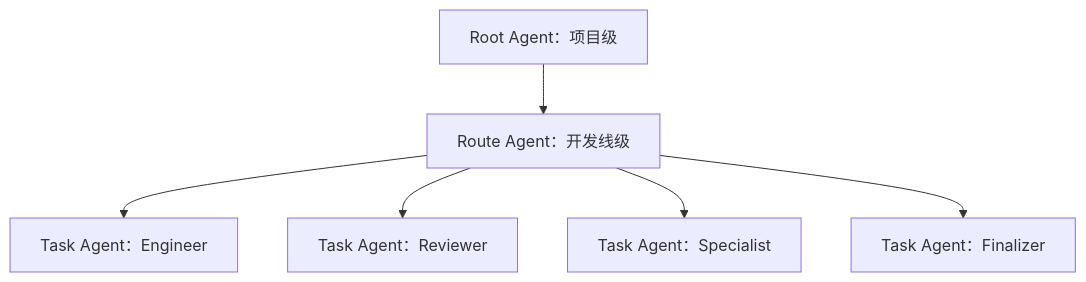
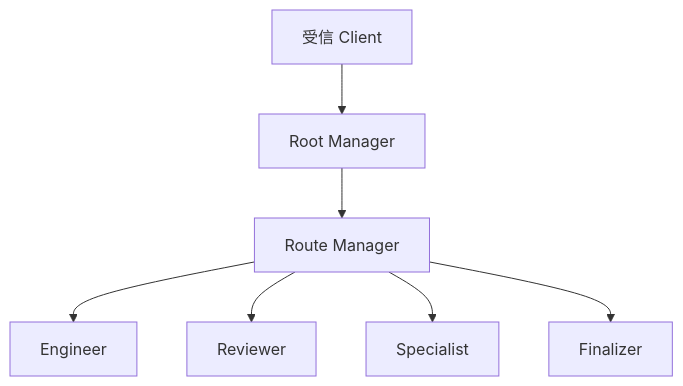
Before and after one commit to D1ChangGeng/Agent-collaboration: the first of 3 diagrams in README.zh-CN.md, drawn with Mermaid. The commit also changed other lines of this file and 6 other files, not shown here.

````diff
--- a/README.zh-CN.md
+++ b/README.zh-CN.md
@@ -61,8 +61,9 @@
 ```mermaid
 flowchart TB
-    R[Root Agent：项目级] --> D[Route Agent：开发线级]
-    D --> E[Task Agent：Engineer]
-    D --> V[Task Agent：Reviewer]
-    D --> S[Task Agent：Specialist]
-    D --> F[Task Agent：Finalizer]
+    C[受信 Client] --> R[Root Manager]
+    R --> D[Route Manager]
+    D --> E[Engineer]
+    D --> V[Reviewer]
+    D --> S[Specialist]
+    D --> F[Finalizer]
 ```
````
